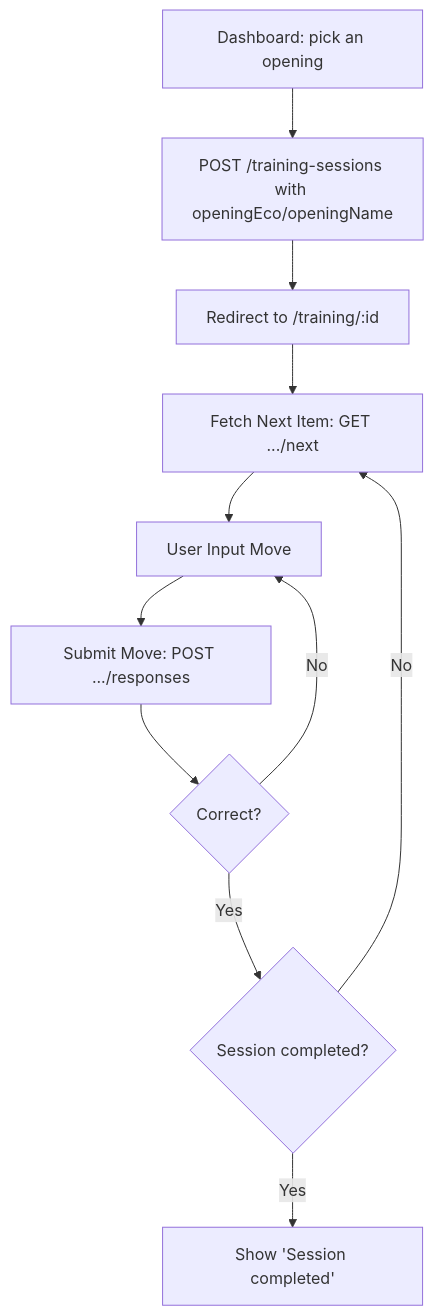
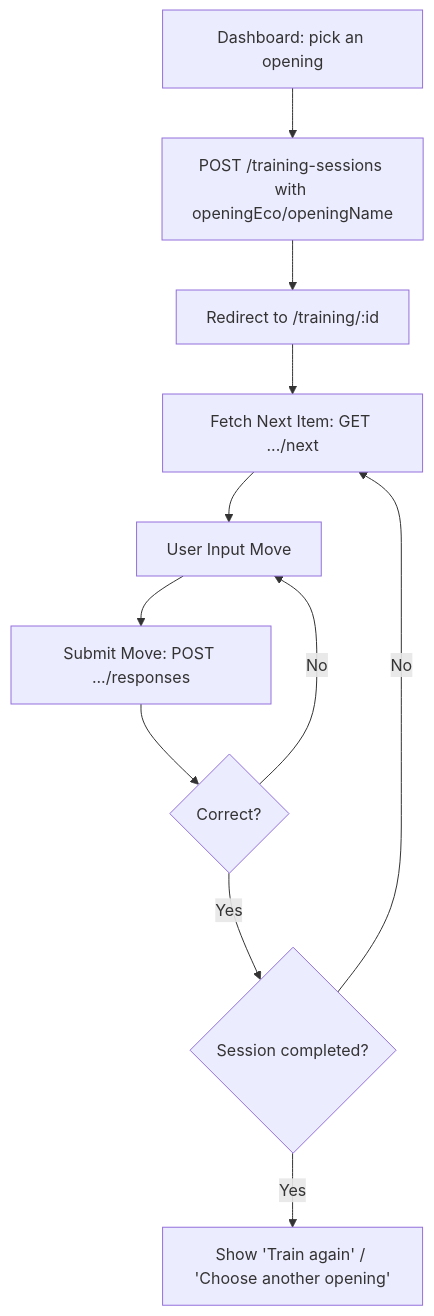
The second of 2 diagrams in react/README.md (coliver/chess-trainer), drawn with Mermaid before and after one commit. The commit also changed 1 other file, not shown here.

Commit message:
docs: catch up changelog and fix stale training-flow diagram
CHANGELOG was missing entries for the last few days of work (sounds,
i18n default language fix, session-complete flow, locale additions).
react/README's training flow diagram still showed the old dead-end
"Session completed" banner instead of the new Train again / Choose
another opening actions.

````diff
--- a/react/README.md
+++ b/react/README.md
@@ -117,13 +117,13 @@
 ```mermaid
 flowchart TD
   A[Dashboard: pick an opening] --> B[POST /training-sessions with openingEco/openingName]
   B --> C[Redirect to /training/:id]
   C --> D[Fetch Next Item: GET .../next]
   D --> E[User Input Move]
   E --> F[Submit Move: POST .../responses]
   F --> G{Correct?}
   G -- Yes --> H{Session completed?}
   H -- No --> D
-  H -- Yes --> I[Show 'Session completed']
+  H -- Yes --> I[Show 'Train again' / 'Choose another opening']
   G -- No --> E
 ```
````
